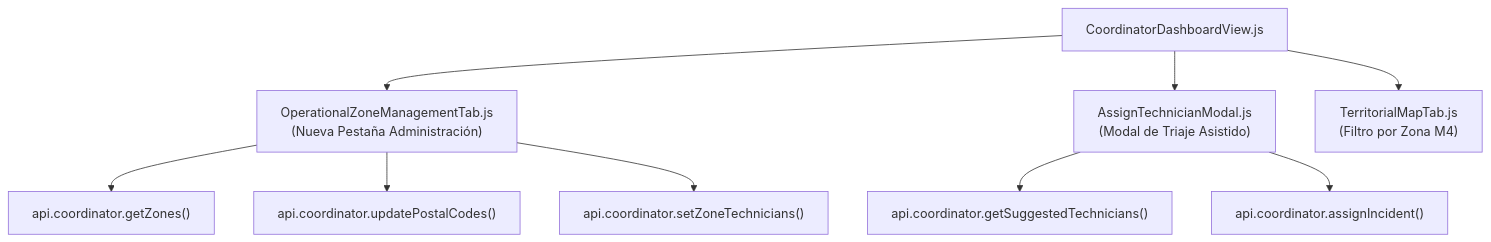
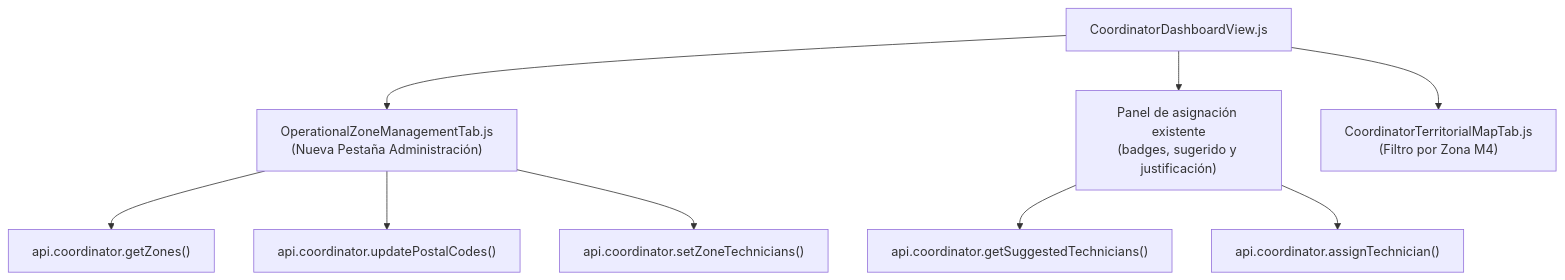
Before and after one commit to Rugsoft/VendGuard: the second of 2 diagrams in specs/17-operational-zones/plan.md, drawn with Mermaid. The commit also changed other lines of this file and 4 other files, not shown here.

````diff
--- a/specs/17-operational-zones/plan.md
+++ b/specs/17-operational-zones/plan.md
@@ -402,13 +411,13 @@
 ```mermaid
 graph TD
     View["CoordinatorDashboardView.js"] --> TabMgr["OperationalZoneManagementTab.js<br>(Nueva Pestaña Administración)"]
-    View --> AssignModal["AssignTechnicianModal.js<br>(Modal de Triaje Asistido)"]
-    View --> MapTab["TerritorialMapTab.js<br>(Filtro por Zona M4)"]
+    View --> AssignPanel["Panel de asignación existente<br>(badges, sugerido y justificación)"]
+    View --> MapTab["CoordinatorTerritorialMapTab.js<br>(Filtro por Zona M4)"]
     
-    AssignModal --> API_Sugg["api.coordinator.getSuggestedTechnicians()"]
-    AssignModal --> API_Assign["api.coordinator.assignIncident()"]
+    AssignPanel --> API_Sugg["api.coordinator.getSuggestedTechnicians()"]
+    AssignPanel --> API_Assign["api.coordinator.assignTechnician()"]
     
     TabMgr --> API_Zones["api.coordinator.getZones()"]
     TabMgr --> API_CPs["api.coordinator.updatePostalCodes()"]
     TabMgr --> API_Techs["api.coordinator.setZoneTechnicians()"]
 ```
````
